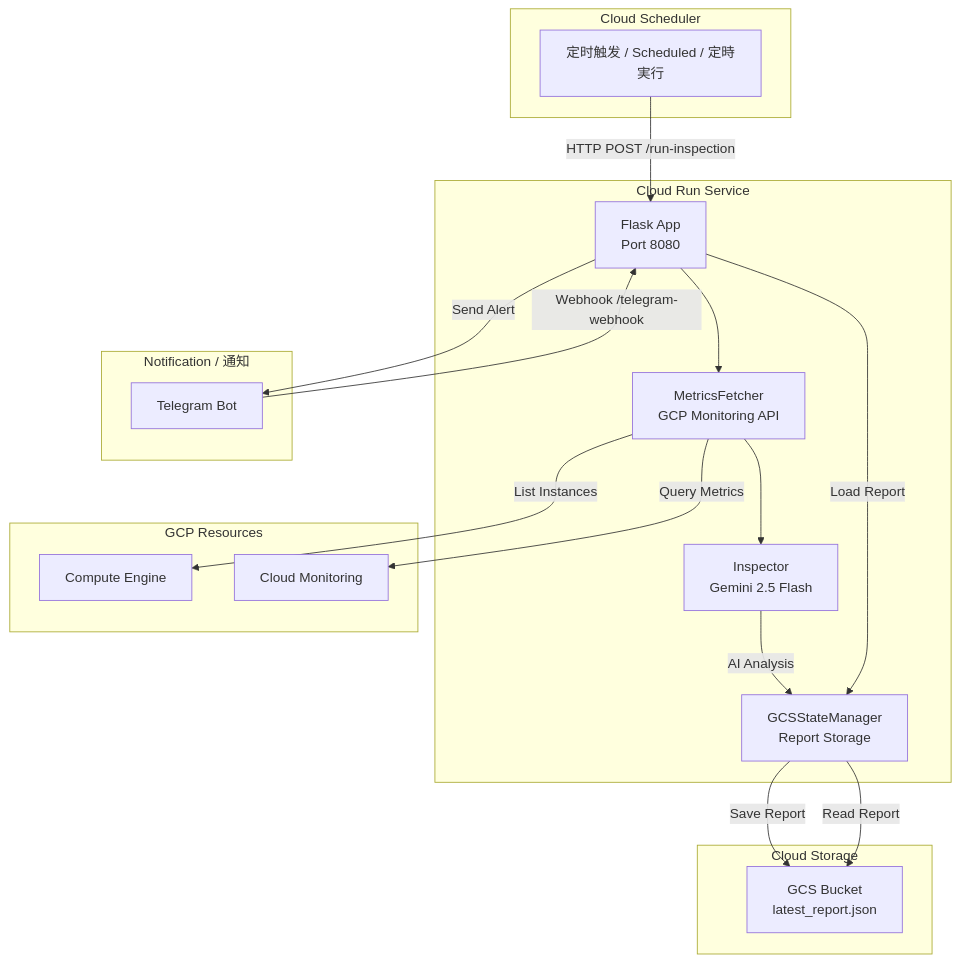
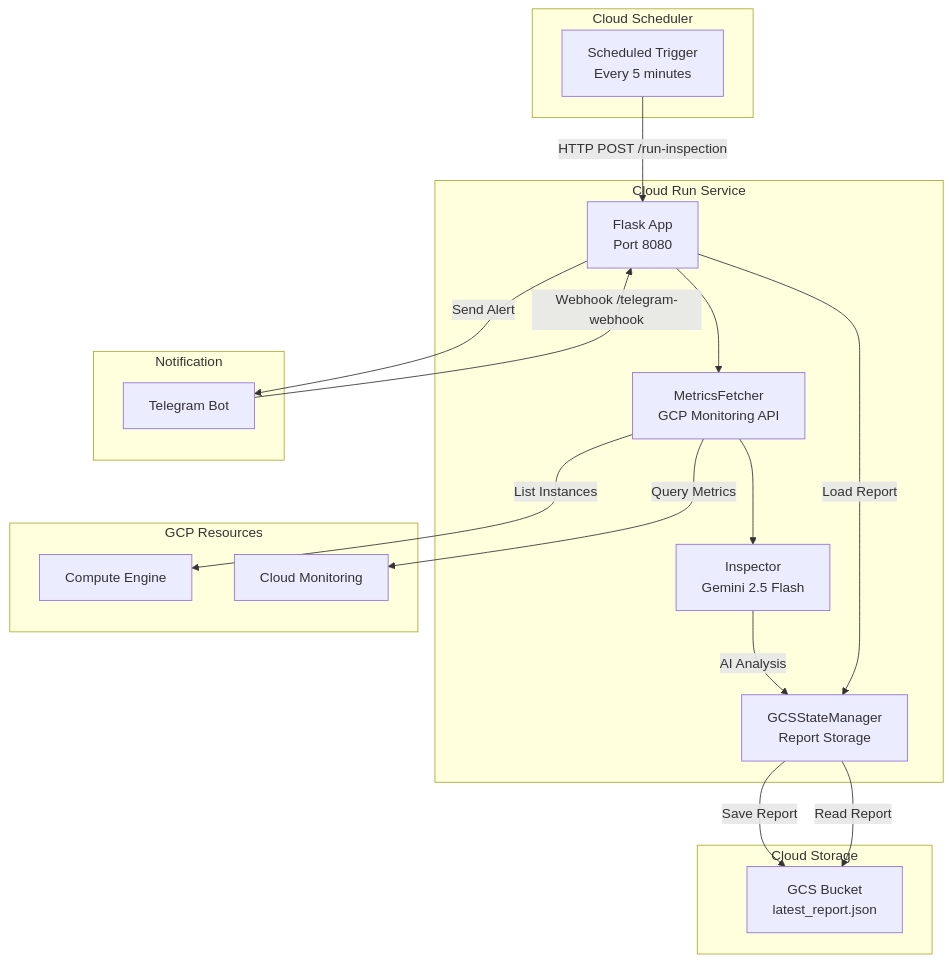
The diagram in README.md (Winson-030/2026-monitor-agent), drawn with Mermaid before and after one commit. The commit also changed other lines of this file and 7 other files, not shown here.

````diff
--- a/README.md
+++ b/README.md
@@ -34,39 +72,39 @@
 ```mermaid
 flowchart TB
     subgraph Scheduler["Cloud Scheduler"]
-        CS["定时触发 / Scheduled / 定時実行"]
+        CS["Scheduled Trigger<br/>Every 5 minutes"]
     end
 
     subgraph CloudRun["Cloud Run Service"]
         Flask["Flask App<br/>Port 8080"]
         Fetcher["MetricsFetcher<br/>GCP Monitoring API"]
         Inspector["Inspector<br/>Gemini 2.5 Flash"]
         StateMgr["GCSStateManager<br/>Report Storage"]
     end
 
     subgraph GCP["GCP Resources"]
         GCE["Compute Engine"]
         Monitor["Cloud Monitoring"]
     end
 
     subgraph Storage["Cloud Storage"]
         GCS["GCS Bucket<br/>latest_report.json"]
     end
 
-    subgraph Notification["Notification / 通知"]
+    subgraph Notification["Notification"]
         TG["Telegram Bot"]
     end
 
     CS -->|HTTP POST /run-inspection| Flask
     Flask --> Fetcher
     Fetcher -->|List Instances| GCE
     Fetcher -->|Query Metrics| Monitor
     Fetcher --> Inspector
     Inspector -->|AI Analysis| StateMgr
     StateMgr -->|Save Report| GCS
     Flask -->|Send Alert| TG
 
     TG -->|Webhook /telegram-webhook| Flask
     Flask -->|Load Report| StateMgr
     StateMgr -->|Read Report| GCS
 ```
````
